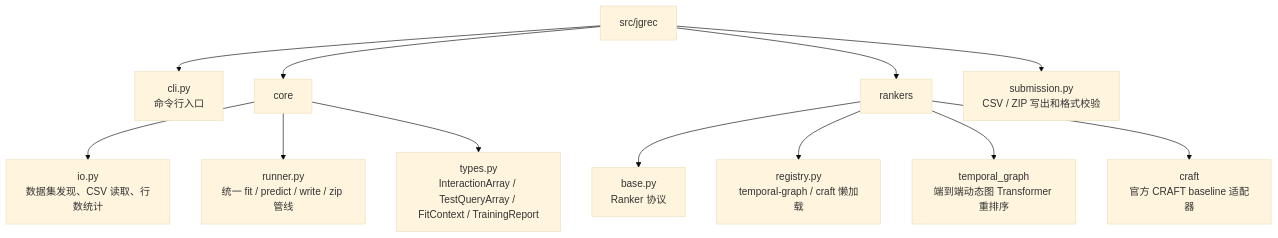
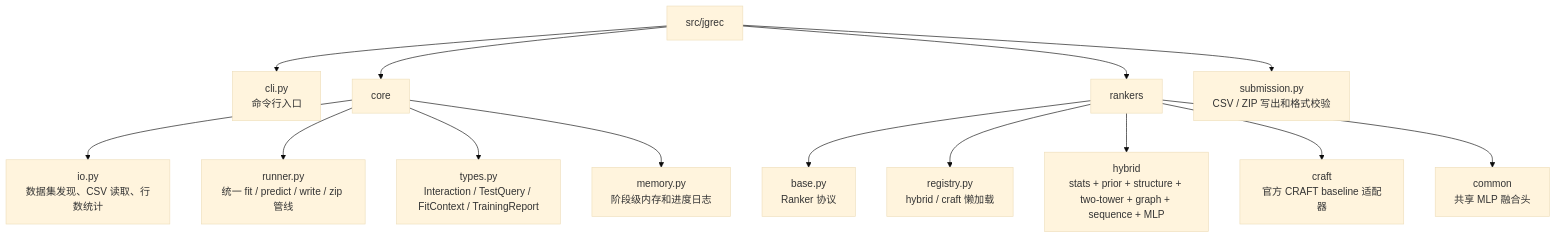
The first of 2 diagrams in docs/system/architecture.md (Puiching-Memory/jittor-GPNUT1-JGRec), drawn with Mermaid (base theme) before and after one commit. The commit also changed other lines of this file and 40 other files, not shown here.

````diff
--- a/docs/system/architecture.md
+++ b/docs/system/architecture.md
@@ -5,14 +5,16 @@
 ```mermaid
 flowchart TB
     A["src/jgrec"] --> B["cli.py<br/>命令行入口"]
     A --> C["core"]
     C --> C1["io.py<br/>数据集发现、CSV 读取、行数统计"]
     C --> C2["runner.py<br/>统一 fit / predict / write / zip 管线"]
-    C --> C3["types.py<br/>InteractionArray / TestQueryArray / FitContext / TrainingReport"]
+    C --> C3["types.py<br/>Interaction / TestQuery / FitContext / TrainingReport"]
+    C --> C4["memory.py<br/>阶段级内存和进度日志"]
     A --> D["rankers"]
     D --> D1["base.py<br/>Ranker 协议"]
-    D --> D2["registry.py<br/>temporal-graph / craft 懒加载"]
-    D --> D3["temporal_graph<br/>端到端动态图 Transformer 重排序"]
+    D --> D2["registry.py<br/>hybrid / craft 懒加载"]
+    D --> D3["hybrid<br/>stats + prior + structure + two-tower + graph + sequence + MLP"]
     D --> D4["craft<br/>官方 CRAFT baseline 适配器"]
+    D --> D6["common<br/>共享 MLP 融合头"]
     A --> E["submission.py<br/>CSV / ZIP 写出和格式校验"]
 ```
````
